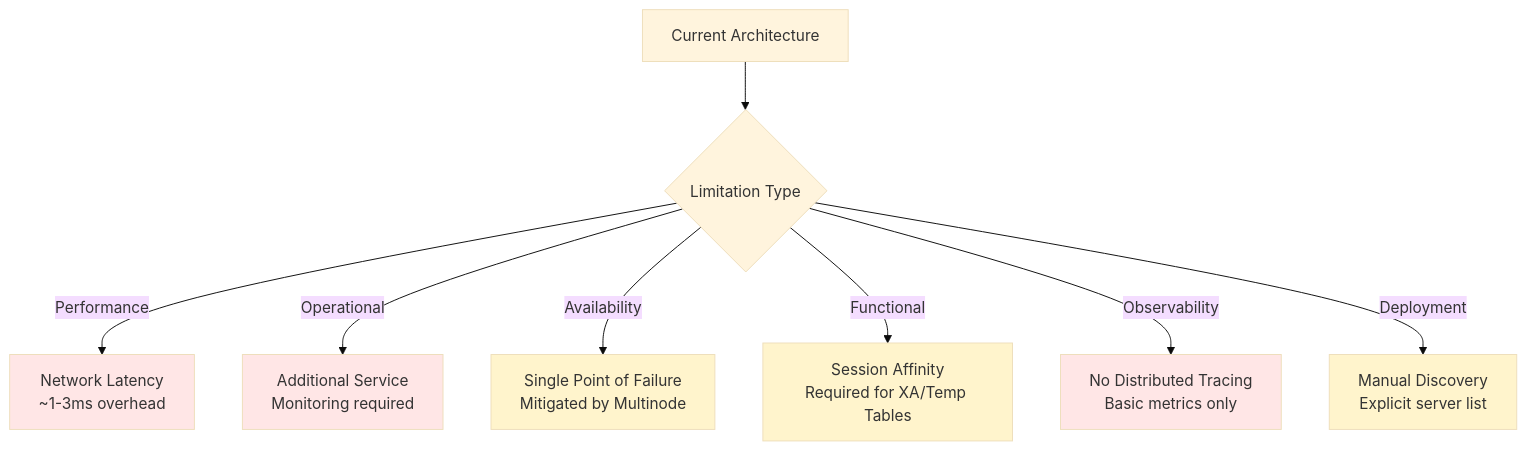
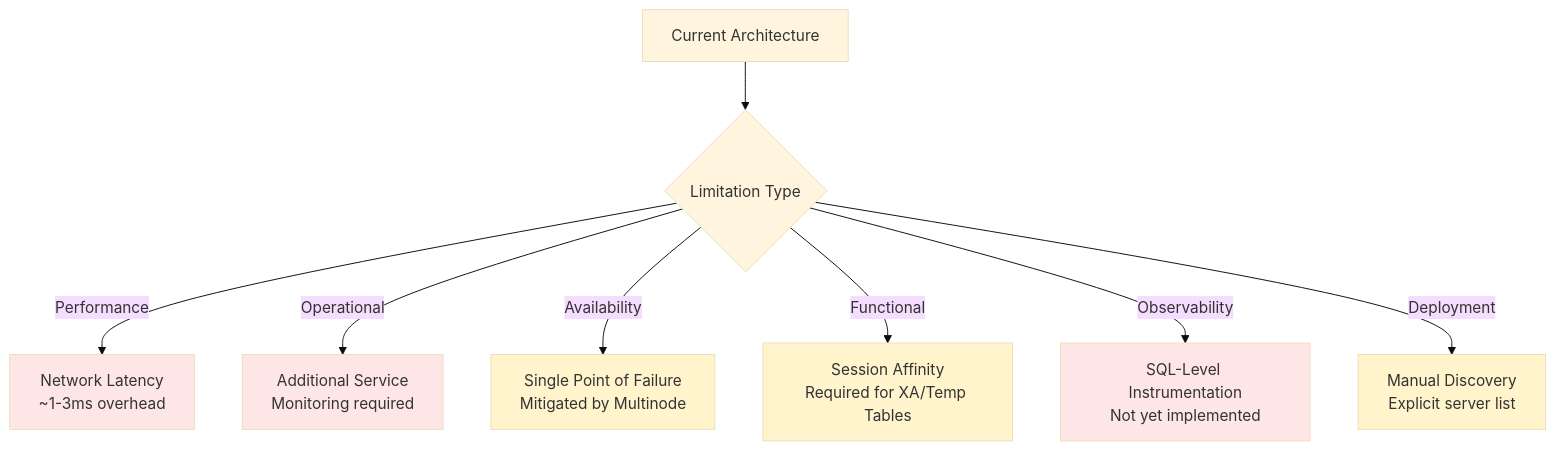
Before and after one commit to sisv1der/ojp: the diagram in documents/ebook/part7-chapter21-vision-future.md, drawn with Mermaid (base theme). The commit also changed other lines of this file and 3 other files, not shown here.

Commit message:
Update ebook to reflect implemented distributed tracing

````diff
--- a/documents/ebook/part7-chapter21-vision-future.md
+++ b/documents/ebook/part7-chapter21-vision-future.md
@@ -44,16 +44,16 @@
 ```mermaid
 graph TD
     A[Current Architecture] --> B{Limitation Type}
     B -->|Performance| C[Network Latency<br/>~1-3ms overhead]
     B -->|Operational| D[Additional Service<br/>Monitoring required]
     B -->|Availability| E[Single Point of Failure<br/>Mitigated by Multinode]
     B -->|Functional| F[Session Affinity<br/>Required for XA/Temp Tables]
-    B -->|Observability| G[No Distributed Tracing<br/>Basic metrics only]
+    B -->|Observability| G[SQL-Level Instrumentation<br/>Not yet implemented]
     B -->|Deployment| H[Manual Discovery<br/>Explicit server list]
     style C fill:#ffe6e6
     style D fill:#ffe6e6
     style E fill:#fff4cc
     style F fill:#fff4cc
     style G fill:#ffe6e6
     style H fill:#fff4cc
 ```
````
